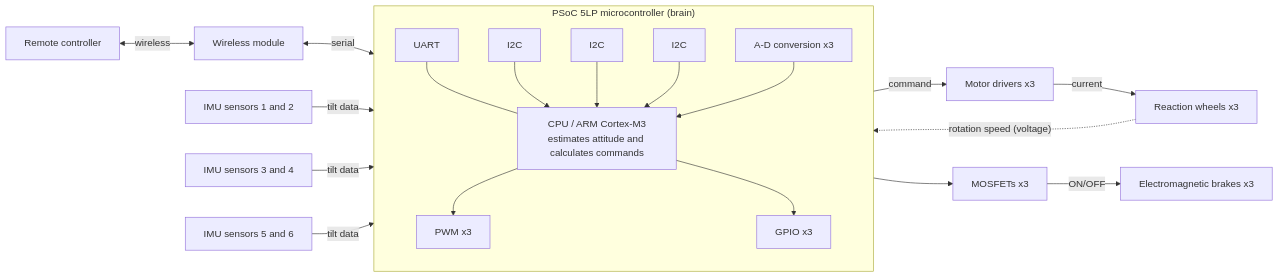
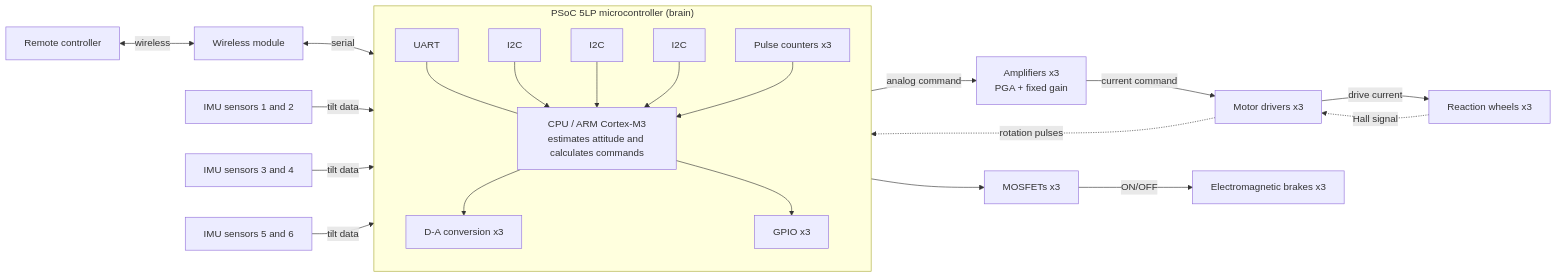
One commit to ktanino10/attitude-control-study changed the first of 2 diagrams in en/reference/system-block.md. Above: the diagram before and after it, drawn with Mermaid. The commit also changed other lines of this file and 17 other files, not shown here.

First line of the commit message:
Correct hardware signal path and figure references to match the article

````diff
--- a/en/reference/system-block.md
+++ b/en/reference/system-block.md
@@ -10,38 +10,39 @@
 ```mermaid
 flowchart LR
     RC["Remote controller"]
     WL["Wireless module"]
 
     subgraph PSOC["PSoC 5LP microcontroller (brain)"]
         direction TB
         UART["UART"]
         I2C1["I2C"]
         I2C2["I2C"]
         I2C3["I2C"]
         CPU["CPU / ARM Cortex-M3<br/>estimates attitude and calculates commands"]
-        PWM["PWM x3"]
-        ADC["A-D conversion x3"]
+        DAC["D-A conversion x3"]
+        PC["Pulse counters x3"]
         GPIO["GPIO x3"]
     end
 
     IMU12["IMU sensors 1 and 2"]
     IMU34["IMU sensors 3 and 4"]
     IMU56["IMU sensors 5 and 6"]
 
+    AMP["Amplifiers x3<br/>PGA + fixed gain"]
     MD["Motor drivers x3"]
     RW["Reaction wheels x3"]
     MF["MOSFETs x3"]
     BR["Electromagnetic brakes x3"]
 
     RC <-->|"wireless"| WL
     WL <-->|"serial"| UART
     UART --- CPU
 
     IMU12 -->|"tilt data"| I2C1 --> CPU
     IMU34 -->|"tilt data"| I2C2 --> CPU
     IMU56 -->|"tilt data"| I2C3 --> CPU
 
-    CPU --> PWM -->|"command"| MD -->|"current"| RW
-    RW -.->|"rotation speed (voltage)"| ADC --> CPU
+    CPU --> DAC -->|"analog command"| AMP -->|"current command"| MD -->|"drive current"| RW
+    RW -.->|"Hall signal"| MD -.->|"rotation pulses"| PC --> CPU
     CPU --> GPIO --> MF -->|"ON/OFF"| BR
 ```
````
